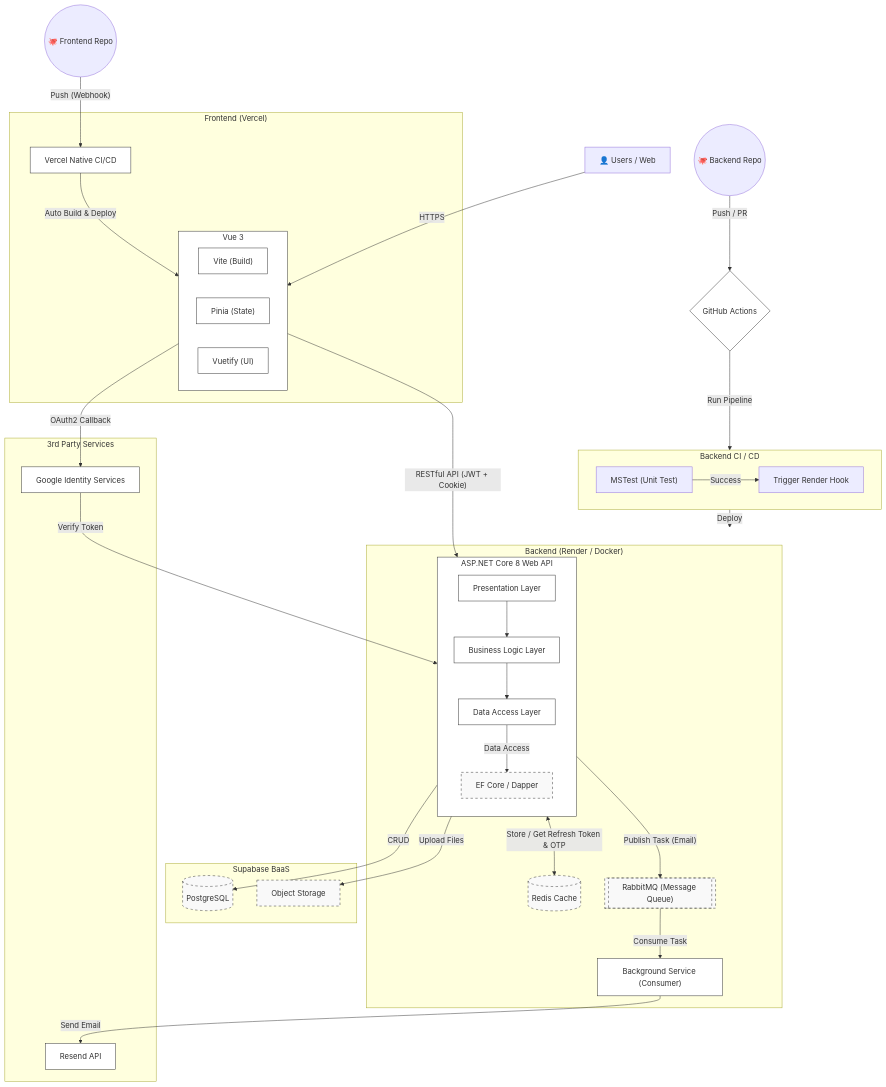
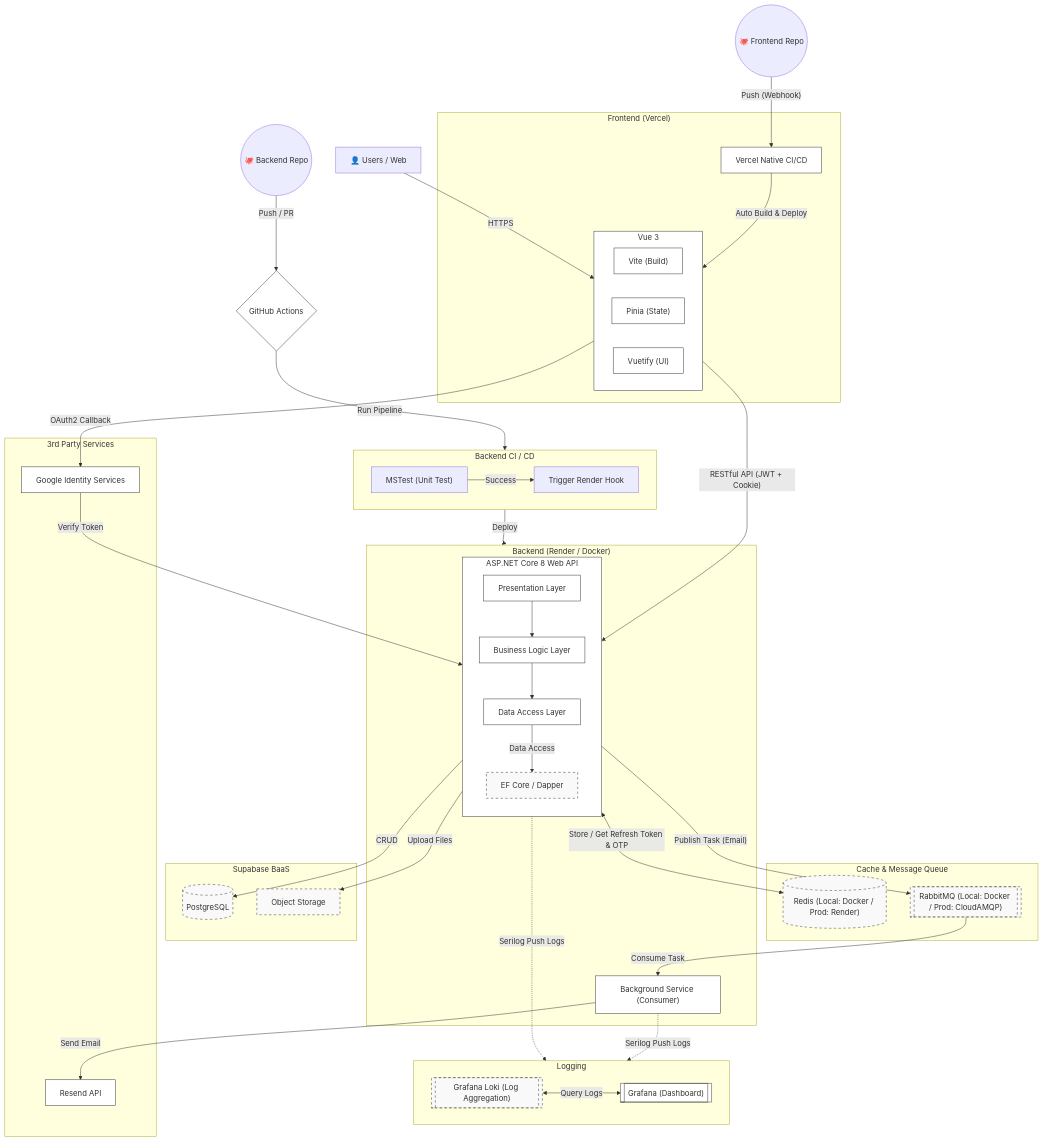
One commit to JiaYingDai/moder-auth-vue changed the diagram in README.md. Above: the diagram before and after it, drawn with Mermaid. The commit also changed other lines of this file, not shown here.

First line of the commit message:
Enhance README with Serilog and Grafana Loki integration

````diff
--- a/README.md
+++ b/README.md
@@ -138,14 +143,23 @@
             DAL["Data Access Layer"]
             ORM["EF Core / Dapper"]
         end
-        
-        Redis[("Redis Cache")]
-        MQ[["RabbitMQ (Message Queue)"]]
         Worker["Background Service (Consumer)"]
-        
-        PL --> BL --> DAL
-        BL -- "Publish Task (Email)" --> MQ
-        MQ -- "Consume Task" --> Worker
+    end
+    
+    subgraph State_MQ["Cache & Message Queue"]
+        Redis[("Redis (Local: Docker / Prod: Render)")]
+        MQ[["RabbitMQ (Local: Docker / Prod: CloudAMQP)"]]
+    end
+
+    PL --> BL --> DAL
+    BL -- "Publish Task (Email)" --> MQ
+    MQ -- "Consume Task" --> Worker
+
+    subgraph Observability["Logging"]
+        direction LR
+        Loki[["Grafana Loki (Log Aggregation)"]]
+        Grafana[["Grafana (Dashboard)"]]
+        Loki <-- "Query Logs" --> Grafana
     end
 
     subgraph Supabase_BaaS["Supabase BaaS"]
@@ -183,9 +197,13 @@
     Vue -- "OAuth2 Callback" --> Google
     Google -- "Verify Token" --> PL
     
+    %% 日誌連線
+    Clean_Arch -. "Serilog Push Logs" .-> Loki
+    Worker -. "Serilog Push Logs" .-> Loki
+
     classDef plain fill:#fff,stroke:#333,stroke-width:1px
     classDef db fill:#f9f9f9,stroke:#333,stroke-width:1px,stroke-dasharray: 5 5
     
-    class Vue,Clean_Arch,PL,BL,DAL,Auth,Email,Google,Vite,Pinia,Vuetify,Actions,Vercel_CI,Worker plain
-    class Redis,DB,Storage,ORM,MQ db
+    class Vue,Clean_Arch,PL,BL,DAL,Auth,Email,Google,Vite,Pinia,Vuetify,Actions,Vercel_CI,Worker,Grafana plain
+    class Redis,DB,Storage,ORM,MQ,Loki db
 ```
````
